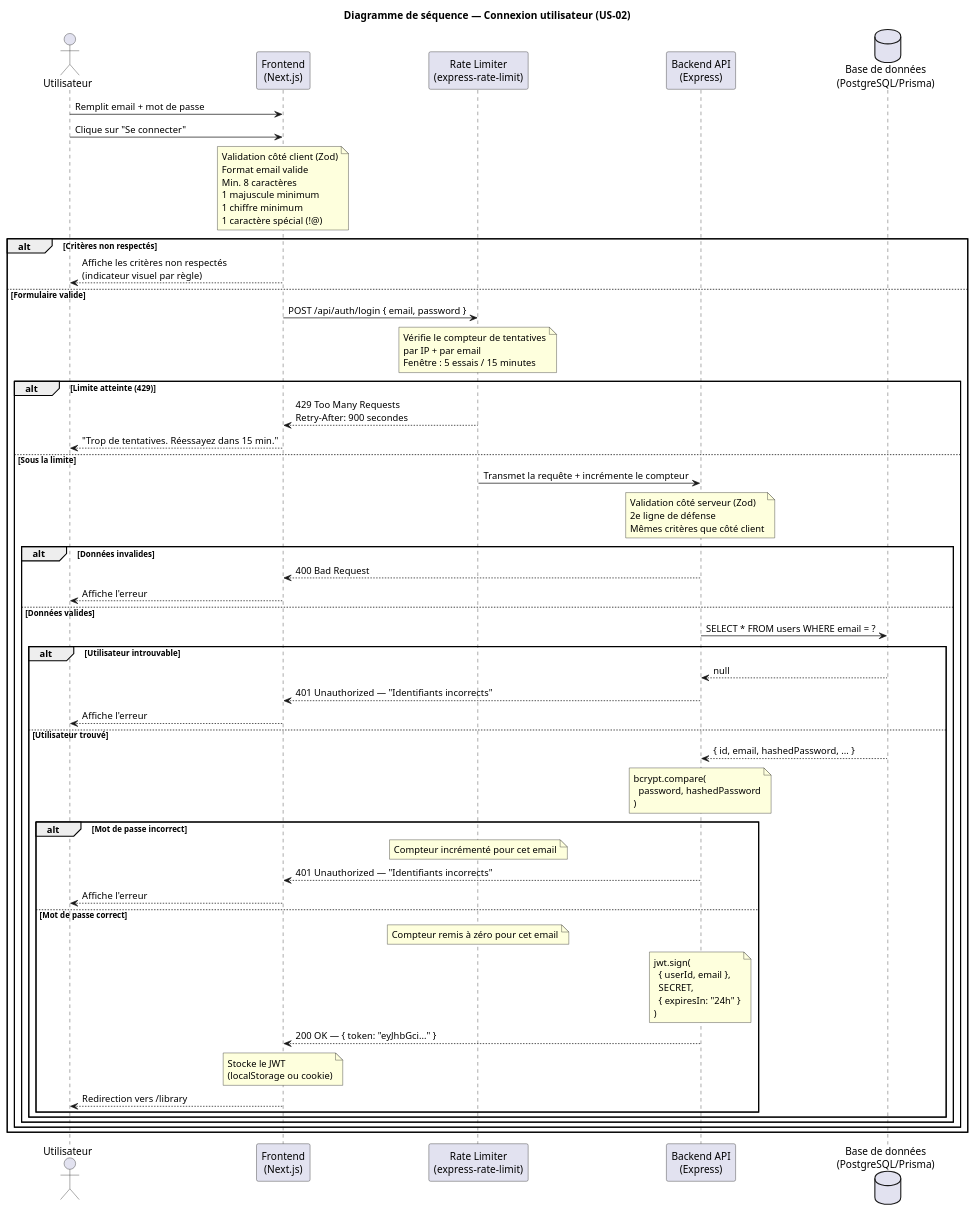
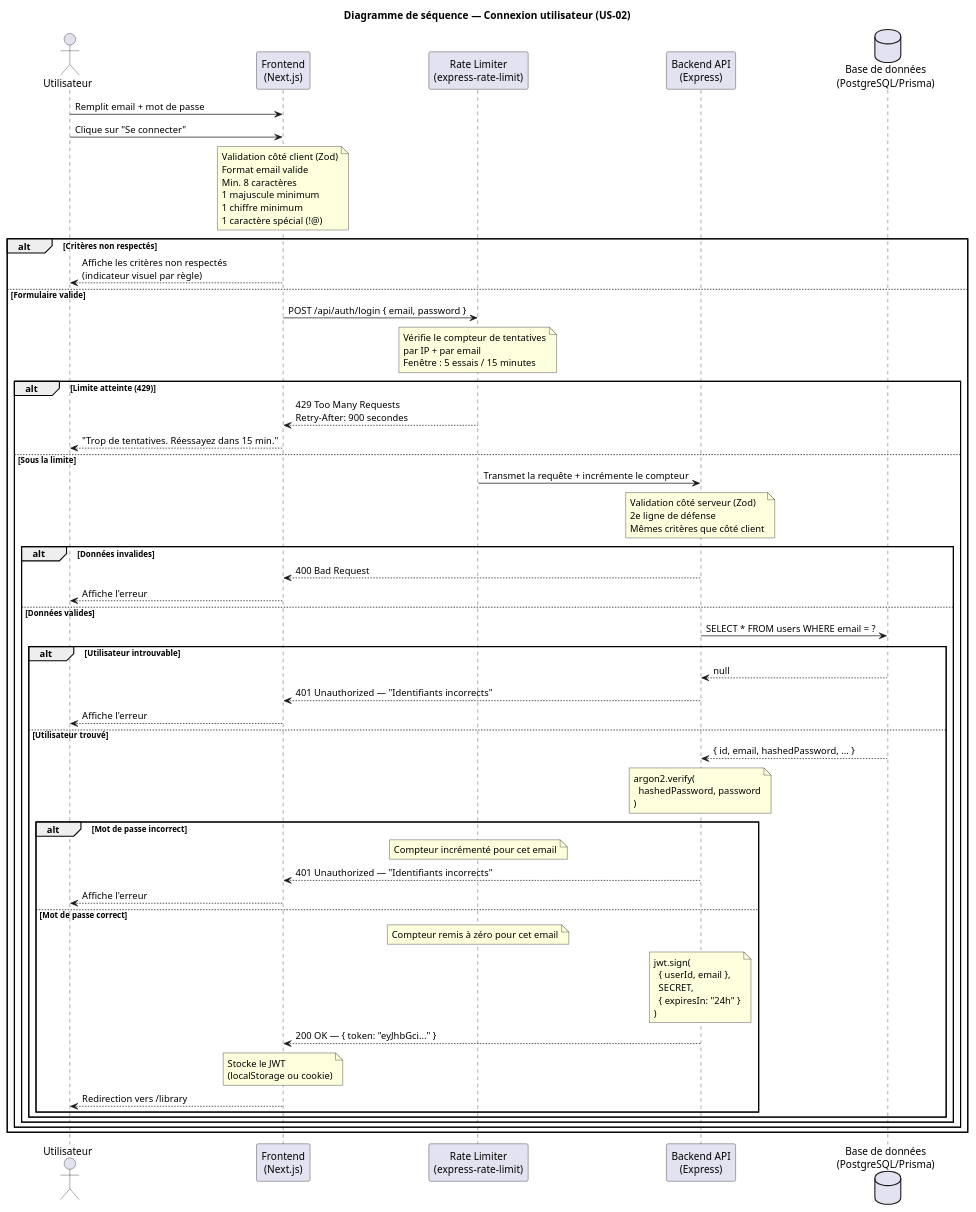
The diagram in docs/sprint 0/diagrammes/sequence-login.puml (opheliecuny/BlaBlaBook), drawn with PlantUML before and after one commit. The commit also changed 24 other files, not shown here.

```diff
--- a/docs/sprint 0/diagrammes/sequence-login.puml
+++ b/docs/sprint 0/diagrammes/sequence-login.puml
@@ -1,86 +1,86 @@
 @startuml
 title Diagramme de séquence — Connexion utilisateur (US-02)
 
 actor "Utilisateur" as U
 participant "Frontend\n(Next.js)" as F
 participant "Rate Limiter\n(express-rate-limit)" as RL
 participant "Backend API\n(Express)" as B
 database "Base de données\n(PostgreSQL/Prisma)" as DB
 
 U -> F : Remplit email + mot de passe
 U -> F : Clique sur "Se connecter"
 
 note over F
   Validation côté client (Zod)
   Format email valide
   Min. 8 caractères
   1 majuscule minimum
   1 chiffre minimum
   1 caractère spécial (!@)
 end note
 
 alt Critères non respectés
     F --> U : Affiche les critères non respectés\n(indicateur visuel par règle)
 else Formulaire valide
     F -> RL : POST /api/auth/login { email, password }
 
     note over RL
       Vérifie le compteur de tentatives
       par IP + par email
       Fenêtre : 5 essais / 15 minutes
     end note
 
     alt Limite atteinte (429)
         RL --> F : 429 Too Many Requests\nRetry-After: 900 secondes
         F --> U : "Trop de tentatives. Réessayez dans 15 min."
     else Sous la limite
         RL -> B : Transmet la requête + incrémente le compteur
 
         note over B
           Validation côté serveur (Zod)
           2e ligne de défense
           Mêmes critères que côté client
         end note
 
         alt Données invalides
             B --> F : 400 Bad Request
             F --> U : Affiche l'erreur
         else Données valides
             B -> DB : SELECT * FROM users WHERE email = ?
 
             alt Utilisateur introuvable
                 DB --> B : null
                 B --> F : 401 Unauthorized — "Identifiants incorrects"
                 F --> U : Affiche l'erreur
             else Utilisateur trouvé
                 DB --> B : { id, email, hashedPassword, ... }
 
                 note over B
-                  bcrypt.compare(
-                    password, hashedPassword
+                  argon2.verify(
+                    hashedPassword, password
                   )
                 end note
 
                 alt Mot de passe incorrect
                     note over RL : Compteur incrémenté pour cet email
                     B --> F : 401 Unauthorized — "Identifiants incorrects"
                     F --> U : Affiche l'erreur
                 else Mot de passe correct
                     note over RL : Compteur remis à zéro pour cet email
                     note over B
                       jwt.sign(
                         { userId, email },
                         SECRET,
                         { expiresIn: "24h" }
                       )
                     end note
                     B --> F : 200 OK — { token: "eyJhbGci..." }
                     note over F : Stocke le JWT\n(localStorage ou cookie)
                     F --> U : Redirection vers /library
                 end
             end
         end
     end
 end
 
 @enduml
```
